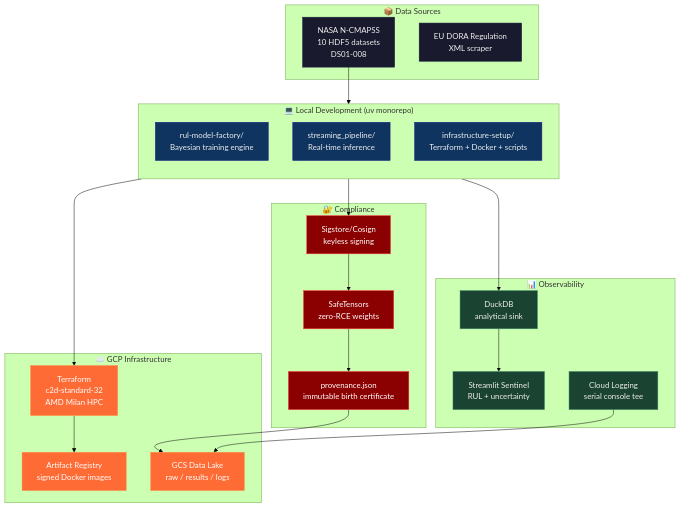
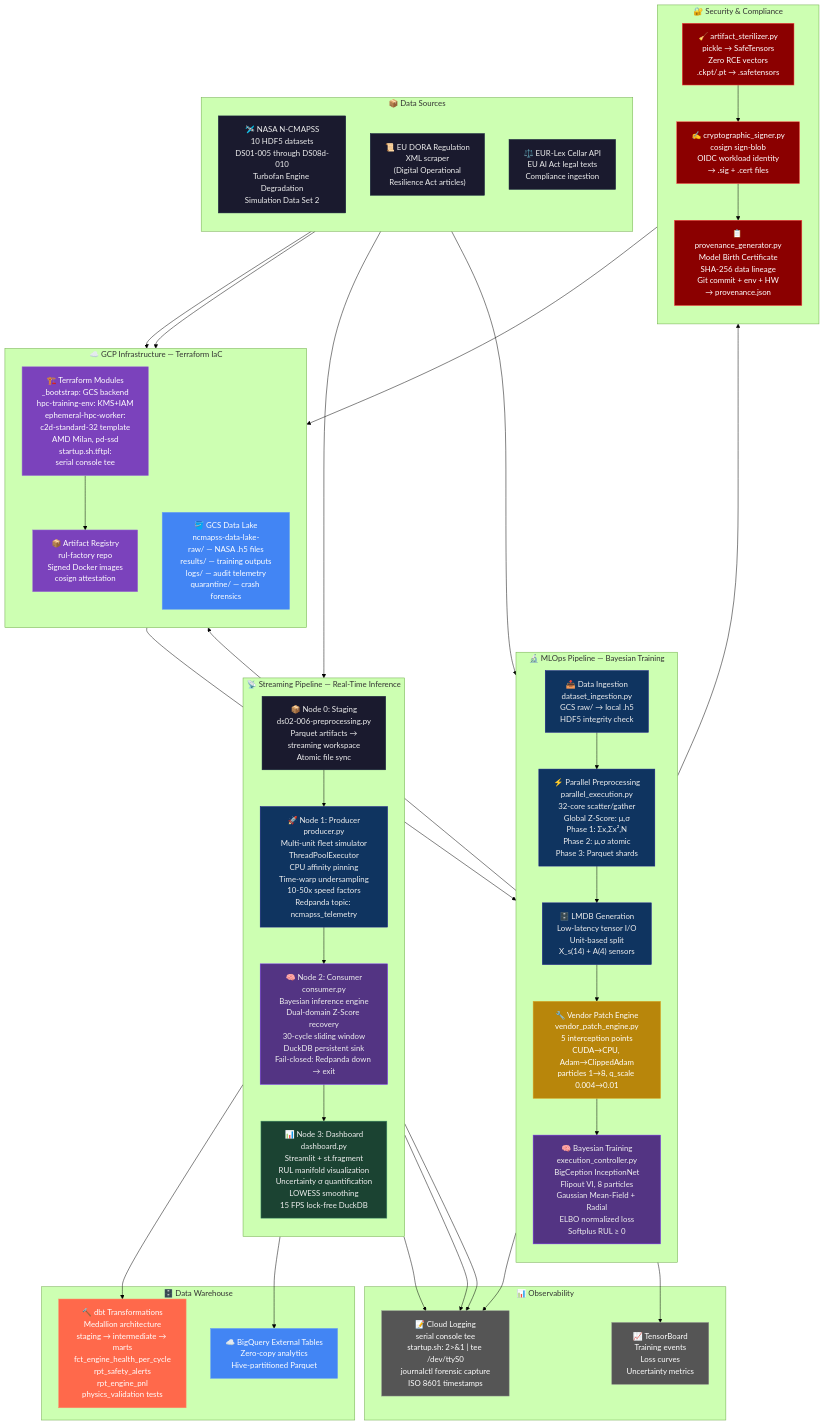
One commit to burundu4ok2000/n-cmapss-rul-mlops-factory changed the second of 3 diagrams in README.md. Above: the diagram before and after it, drawn with Mermaid (forest theme). The commit also changed other lines of this file, not shown here.

First line of the commit message:
README v2: ENTSO-E style header, ultra-detailed Mermaid, restored images

````diff
--- a/README.md
+++ b/README.md
@@ -108,58 +170,105 @@
 ```mermaid
 graph TB
     subgraph "📦 Data Sources"
-        NASA["NASA N-CMAPSS<br/>10 HDF5 datasets<br/>DS01-008"]
-        DORA["EU DORA Regulation<br/>XML scraper"]
+        direction TB
+        NASA["🛩️ NASA N-CMAPSS<br/>10 HDF5 datasets<br/>DS01-005 through DS08d-010<br/>Turbofan Engine Degradation<br/>Simulation Data Set 2"]
+        DORA["📜 EU DORA Regulation<br/>XML scraper<br/>(Digital Operational<br/>Resilience Act articles)"]
+        EURLEX["⚖️ EUR-Lex Cellar API<br/>EU AI Act legal texts<br/>Compliance ingestion"]
     end
 
-    subgraph "💻 Local Development (uv monorepo)"
+    subgraph "🔬 MLOps Pipeline — Bayesian Training"
         direction TB
-        RF["rul-model-factory/<br/>Bayesian training engine"]
-        SP["streaming_pipeline/<br/>Real-time inference"]
-        IS["infrastructure-setup/<br/>Terraform + Docker + scripts"]
+        INGEST["📥 Data Ingestion<br/>dataset_ingestion.py<br/>GCS raw/ → local .h5<br/>HDF5 integrity check"]
+        PARALLEL["⚡ Parallel Preprocessing<br/>parallel_execution.py<br/>32-core scatter/gather<br/>Global Z-Score: μ,σ<br/>Phase 1: Σx,Σx²,N<br/>Phase 2: μ,σ atomic<br/>Phase 3: Parquet shards"]
+        LMDB["🗄️ LMDB Generation<br/>Low-latency tensor I/O<br/>Unit-based split<br/>X_s(14) + A(4) sensors"]
+        SHIM["🔧 Vendor Patch Engine<br/>vendor_patch_engine.py<br/>5 interception points<br/>CUDA→CPU, Adam→ClippedAdam<br/>particles 1→8, q_scale 0.004→0.01"]
+        TRAIN["🧠 Bayesian Training<br/>execution_controller.py<br/>BigCeption InceptionNet<br/>Flipout VI, 8 particles<br/>Gaussian Mean-Field + Radial<br/>ELBO normalized loss<br/>Softplus RUL ≥ 0"]
     end
 
-    subgraph "☁️ GCP Infrastructure"
-        TF["Terraform<br/>c2d-standard-32<br/>AMD Milan HPC"]
-        AR["Artifact Registry<br/>signed Docker images"]
-        GCS["GCS Data Lake<br/>raw / results / logs"]
+    subgraph "📡 Streaming Pipeline — Real-Time Inference"
+        direction TB
+        STAGE["📦 Node 0: Staging<br/>ds02-006-preprocessing.py<br/>Parquet artifacts →<br/>streaming workspace<br/>Atomic file sync"]
+        PROD["🚀 Node 1: Producer<br/>producer.py<br/>Multi-unit fleet simulator<br/>ThreadPoolExecutor<br/>CPU affinity pinning<br/>Time-warp undersampling<br/>10-50x speed factors<br/>Redpanda topic: ncmapss_telemetry"]
+        CONS["🧠 Node 2: Consumer<br/>consumer.py<br/>Bayesian inference engine<br/>Dual-domain Z-Score recovery<br/>30-cycle sliding window<br/>DuckDB persistent sink<br/>Fail-closed: Redpanda down → exit"]
+        DASH["📊 Node 3: Dashboard<br/>dashboard.py<br/>Streamlit + st.fragment<br/>RUL manifold visualization<br/>Uncertainty σ quantification<br/>LOWESS smoothing<br/>15 FPS lock-free DuckDB"]
     end
 
-    subgraph "🔐 Compliance"
-        SIG["Sigstore/Cosign<br/>keyless signing"]
-        PROV["provenance.json<br/>immutable birth certificate"]
-        STER["SafeTensors<br/>zero-RCE weights"]
+    subgraph "🗄️ Data Warehouse"
+        DBT["🔨 dbt Transformations<br/>Medallion architecture<br/>staging → intermediate → marts<br/>fct_engine_health_per_cycle<br/>rpt_safety_alerts<br/>rpt_engine_pnl<br/>physics_validation tests"]
+        BIGQ["☁️ BigQuery External Tables<br/>Zero-copy analytics<br/>Hive-partitioned Parquet"]
+    end
+
+    subgraph "☁️ GCP Infrastructure — Terraform IaC"
+        direction TB
+        TF["🏗️ Terraform Modules<br/>_bootstrap: GCS backend<br/>hpc-training-env: KMS+IAM<br/>ephemeral-hpc-worker:<br/>c2d-standard-32 template<br/>AMD Milan, pd-ssd<br/>startup.sh.tftpl:<br/>serial console tee"]
+        AR["📦 Artifact Registry<br/>rul-factory repo<br/>Signed Docker images<br/>cosign attestation"]
+        GCS["🪣 GCS Data Lake<br/>ncmapss-data-lake-<PROJECT><br/>raw/ — NASA .h5 files<br/>results/ — training outputs<br/>logs/ — audit telemetry<br/>quarantine/ — crash forensics"]
+    end
+
+    subgraph "🔐 Security & Compliance"
+        direction TB
+        STER["🧹 artifact_sterilizer.py<br/>pickle → SafeTensors<br/>Zero RCE vectors<br/>.ckpt/.pt → .safetensors"]
+        SIGN["✍️ cryptographic_signer.py<br/>cosign sign-blob<br/>OIDC workload identity<br/>→ .sig + .cert files"]
+        PROV["📋 provenance_generator.py<br/>Model Birth Certificate<br/>SHA-256 data lineage<br/>Git commit + env + HW<br/>→ provenance.json"]
     end
 
     subgraph "📊 Observability"
-        DASH["Streamlit Sentinel<br/>RUL + uncertainty"]
-        LOGS["Cloud Logging<br/>serial console tee"]
-        DUCK["DuckDB<br/>analytical sink"]
+        LOGS["📝 Cloud Logging<br/>serial console tee<br/>startup.sh: 2>&1 | tee /dev/ttyS0<br/>journalctl forensic capture<br/>ISO 8601 timestamps"]
+        TENSOR["📈 TensorBoard<br/>Training events<br/>Loss curves<br/>Uncertainty metrics"]
     end
 
-    NASA --> RF
-    RF --> TF
+    NASA --> INGEST
+    INGEST --> PARALLEL
+    PARALLEL --> LMDB
+    LMDB --> SHIM
+    SHIM --> TRAIN
+
+    NASA --> STAGE
+    STAGE --> PROD
+    PROD --> CONS
+    CONS --> DASH
+
+    TRAIN --> STER
+    STER --> SIGN
+    SIGN --> PROV
+    PROV --> GCS
+
+    TRAIN --> TF
     TF --> AR
-    RF --> SIG
-    SIG --> STER
-    STER --> PROV
-    PROV --> GCS
-    SP --> DUCK
-    DUCK --> DASH
-    LOGS --> GCS
+    AR --> TRAIN
+
+    CONS --> DBT
+    PROD --> BIGQ
+
+    TRAIN --> LOGS
+    TRAIN --> TENSOR
+    CONS --> LOGS
+    PROD --> LOGS
+    STAGE --> LOGS
+
+    DORA --> GCS
+    EURLEX --> GCS
 
     style NASA fill:#1a1a2e,stroke:#16213e,color:#eee
     style DORA fill:#1a1a2e,stroke:#16213e,color:#eee
-    style RF fill:#0f3460,stroke:#1a1a8e,color:#eee
-    style SP fill:#0f3460,stroke:#1a1a8e,color:#eee
-    style IS fill:#0f3460,stroke:#1a1a8e,color:#eee
-    style TF fill:#ff6b35,stroke:#ff8c42,color:#fff
-    style AR fill:#ff6b35,stroke:#ff8c42,color:#fff
-    style GCS fill:#ff6b35,stroke:#ff8c42,color:#fff
-    style SIG fill:#8b0000,stroke:#ff4444,color:#fff
+    style EURLEX fill:#1a1a2e,stroke:#16213e,color:#eee
+    style INGEST fill:#0f3460,stroke:#1a1a8e,color:#eee
+    style PARALLEL fill:#0f3460,stroke:#1a1a8e,color:#eee
+    style LMDB fill:#0f3460,stroke:#1a1a8e,color:#eee
+    style SHIM fill:#b8860b,stroke:#daa520,color:#fff
+    style TRAIN fill:#533483,stroke:#7b2ff7,color:#eee
+    style STAGE fill:#1a1a2e,stroke:#16213e,color:#eee
+    style PROD fill:#0f3460,stroke:#1a1a8e,color:#eee
+    style CONS fill:#533483,stroke:#7b2ff7,color:#eee
+    style DASH fill:#1b4332,stroke:#40916c,color:#eee
+    style DBT fill:#ff694b,stroke:#ff8c69,color:#fff
+    style BIGQ fill:#4285f4,stroke:#6ba0f5,color:#fff
+    style TF fill:#7b42bc,stroke:#9b6fd4,color:#fff
+    style AR fill:#7b42bc,stroke:#9b6fd4,color:#fff
+    style GCS fill:#4285f4,stroke:#6ba0f5,color:#fff
+    style STER fill:#8b0000,stroke:#ff4444,color:#fff
+    style SIGN fill:#8b0000,stroke:#ff4444,color:#fff
     style PROV fill:#8b0000,stroke:#ff4444,color:#fff
-    style STER fill:#8b0000,stroke:#ff4444,color:#fff
-    style DASH fill:#1b4332,stroke:#40916c,color:#eee
-    style LOGS fill:#1b4332,stroke:#40916c,color:#eee
-    style DUCK fill:#1b4332,stroke:#40916c,color:#eee
+    style LOGS fill:#555,stroke:#888,color:#fff
+    style TENSOR fill:#555,stroke:#888,color:#fff
 ```
````
